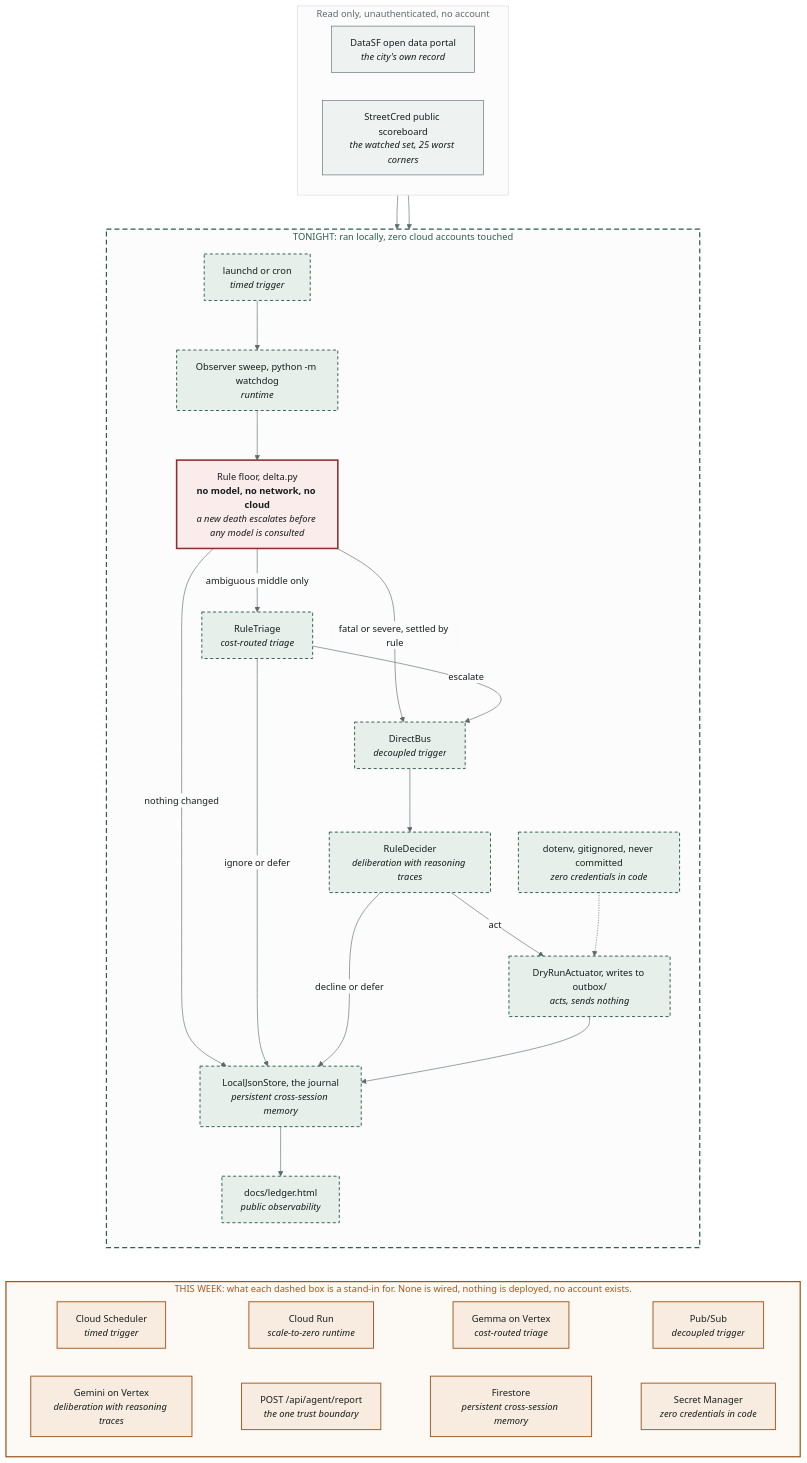
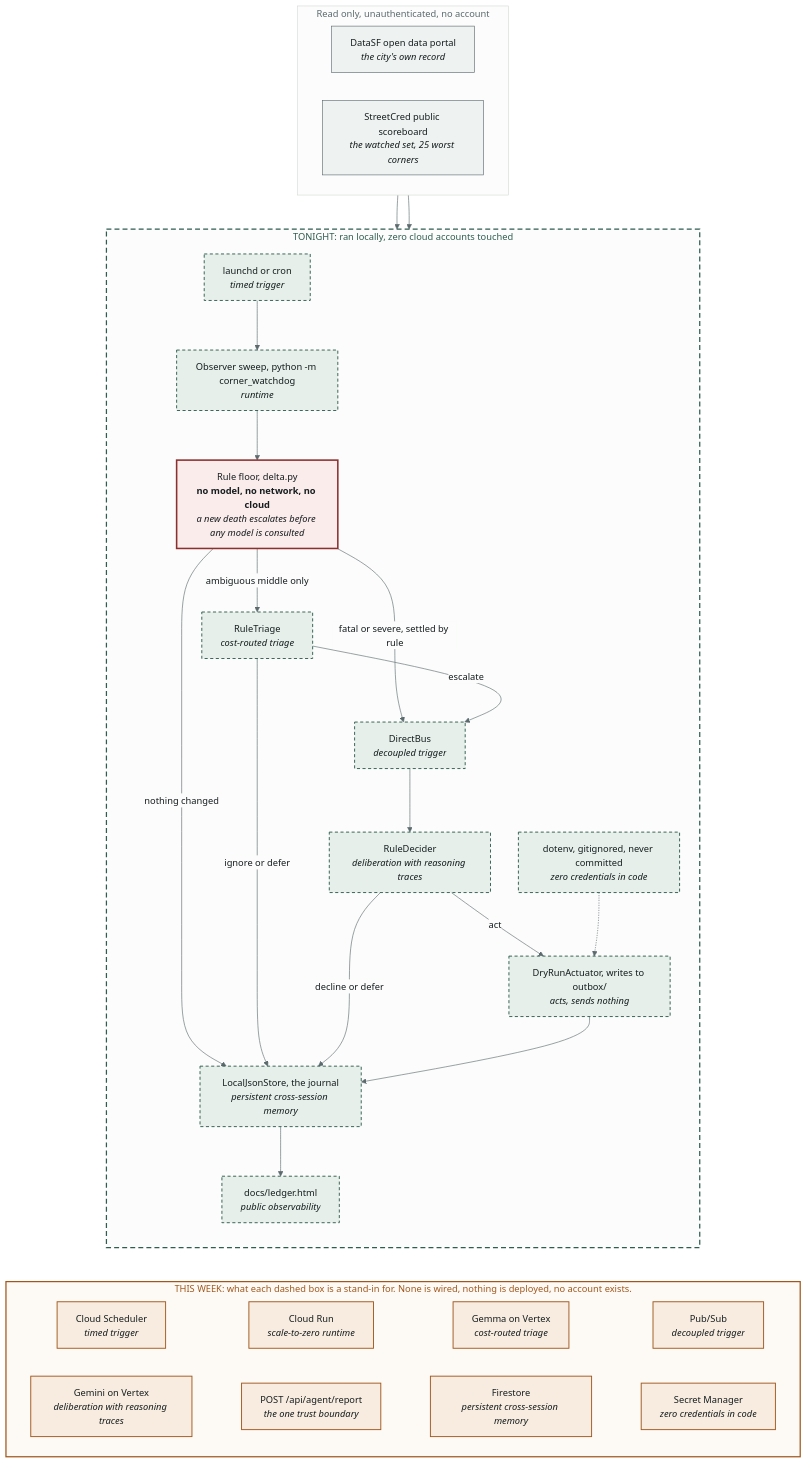
The diagram in docs/architecture.mmd (alejandro-publius/streetcred-watchdog), drawn with Mermaid before and after one commit. The commit also changed 69 other files, not shown here.

```diff
--- a/docs/architecture.mmd
+++ b/docs/architecture.mmd
@@ -1,76 +1,76 @@
 %%{init: {"theme": "base", "themeVariables": {"fontFamily": "Public Sans, Helvetica, sans-serif", "fontSize": "15px", "lineColor": "#5c6a6e", "edgeLabelBackground": "#fbfcfb", "tertiaryColor": "#fbfcfb", "primaryTextColor": "#161d1f"}, "flowchart": {"curve": "basis", "nodeSpacing": 45, "rankSpacing": 55}}}%%
 flowchart TB
 %% The Corner Watchdog, two layers, honestly separated.
 %% Dashed green is what actually ran, on a laptop, with no cloud account touched.
 %% Solid amber is what each stand-in is a stand-in for. None of it is wired.
 %% Render: npx @mermaid-js/mermaid-cli -i docs/architecture.mmd -o docs/architecture.svg
 
     subgraph SOURCES["Read only, unauthenticated, no account"]
         direction LR
         DATASF["DataSF open data portal<br/><i>the city's own record</i>"]
         SCRED["StreetCred public scoreboard<br/><i>the watched set, 25 worst corners</i>"]
     end
 
     subgraph TONIGHT["TONIGHT: ran locally, zero cloud accounts touched"]
         direction TB
         SCHED_L["launchd or cron<br/><i>timed trigger</i>"]
-        OBS_L["Observer sweep, python -m watchdog<br/><i>runtime</i>"]
+        OBS_L["Observer sweep, python -m corner_watchdog<br/><i>runtime</i>"]
         FLOOR["Rule floor, delta.py<br/><b>no model, no network, no cloud</b><br/><i>a new death escalates before any model is consulted</i>"]
         TRIAGE_L["RuleTriage<br/><i>cost-routed triage</i>"]
         BUS_L["DirectBus<br/><i>decoupled trigger</i>"]
         DELIB_L["RuleDecider<br/><i>deliberation with reasoning traces</i>"]
         ACT_L["DryRunActuator, writes to outbox/<br/><i>acts, sends nothing</i>"]
         STORE_L["LocalJsonStore, the journal<br/><i>persistent cross-session memory</i>"]
         LEDGER_L["docs/ledger.html<br/><i>public observability</i>"]
         SEC_L["dotenv, gitignored, never committed<br/><i>zero credentials in code</i>"]
     end
 
     subgraph THISWEEK["THIS WEEK: what each dashed box is a stand-in for. None is wired, nothing is deployed, no account exists."]
         direction LR
         SCHED_C["Cloud Scheduler<br/><i>timed trigger</i>"]
         RUN_C["Cloud Run<br/><i>scale-to-zero runtime</i>"]
         GEMMA_C["Gemma on Vertex<br/><i>cost-routed triage</i>"]
         PS_C["Pub/Sub<br/><i>decoupled trigger</i>"]
         GEMINI_C["Gemini on Vertex<br/><i>deliberation with reasoning traces</i>"]
         POST_C["POST /api/agent/report<br/><i>the one trust boundary</i>"]
         FS_C["Firestore<br/><i>persistent cross-session memory</i>"]
         SM_C["Secret Manager<br/><i>zero credentials in code</i>"]
         %% Invisible links only, to lay the inventory out in two rows rather
         %% than one tall column. They carry no meaning: nothing in this layer
         %% is connected to anything, which is the point of the layer.
         SCHED_C ~~~ RUN_C ~~~ GEMMA_C ~~~ PS_C
         GEMINI_C ~~~ POST_C ~~~ FS_C ~~~ SM_C
     end
 
     DATASF --> OBS_L
     SCRED --> OBS_L
     SCHED_L --> OBS_L
     OBS_L --> FLOOR
     FLOOR -->|"ambiguous middle only"| TRIAGE_L
     FLOOR -->|"fatal or severe, settled by rule"| BUS_L
     FLOOR -->|"nothing changed"| STORE_L
     TRIAGE_L -->|"escalate"| BUS_L
     TRIAGE_L -->|"ignore or defer"| STORE_L
     BUS_L --> DELIB_L
     DELIB_L -->|"act"| ACT_L
     DELIB_L -->|"decline or defer"| STORE_L
     ACT_L --> STORE_L
     STORE_L --> LEDGER_L
     SEC_L -.-> ACT_L
 
     %% Invisible, and only to rank the cloud inventory below the loop that runs.
     LEDGER_L ~~~ SCHED_C
 
     classDef source fill:#eef2f0,stroke:#5c6a6e,stroke-width:1px,color:#161d1f
     classDef local fill:#e7efea,stroke:#2f5d50,stroke-width:1.5px,stroke-dasharray:5 4,color:#161d1f
     classDef cloud fill:#f7ecdf,stroke:#a1571c,stroke-width:1.5px,color:#161d1f
     classDef floorbox fill:#fbecec,stroke:#8c2f2f,stroke-width:2.5px,color:#161d1f
 
     class DATASF,SCRED source
     class SCHED_L,OBS_L,TRIAGE_L,BUS_L,DELIB_L,ACT_L,STORE_L,LEDGER_L,SEC_L local
     class SCHED_C,RUN_C,FS_C,PS_C,GEMMA_C,GEMINI_C,POST_C,SM_C cloud
     class FLOOR floorbox
 
     style SOURCES fill:#fbfcfb,stroke:#d5dbd7,stroke-width:1px,color:#5c6a6e
     style TONIGHT fill:#fbfcfb,stroke:#2f5d50,stroke-width:2px,stroke-dasharray:8 5,color:#2f5d50
     style THISWEEK fill:#fdfaf6,stroke:#a1571c,stroke-width:2px,color:#a1571c
```
